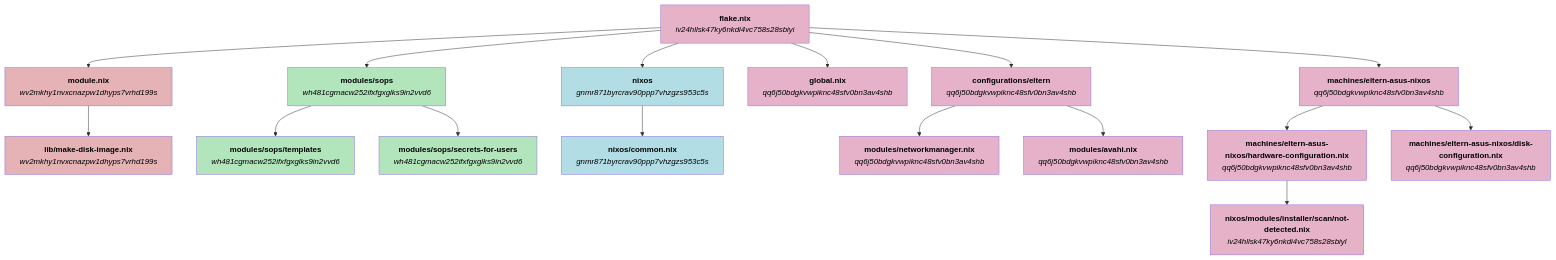
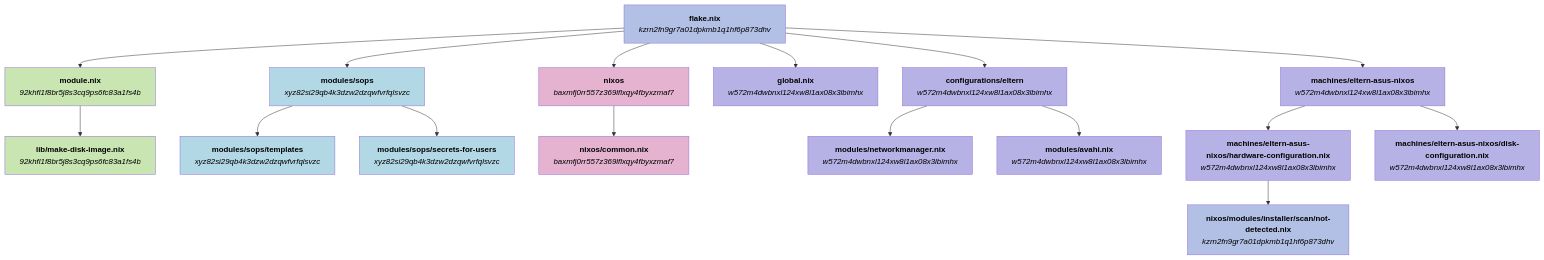
Before and after one commit to welles/nixos-config: the first of 6 diagrams in GRAPHS.md, drawn with Mermaid. The commit also changed other lines of this file, not shown here.

Commit message:
Update configuration graphs file

````diff
--- a/GRAPHS.md
+++ b/GRAPHS.md
@@ -5,82 +5,82 @@
 ```mermaid
 flowchart TD
-    niv24hllsk47ky6nkdi4vc758s28sbiyl_flake_nix["`**flake.nix**
+    nkzrn2fn9gr7a01dpkmb1q1hf6p873dhv_flake_nix["`**flake.nix**
 
-_iv24hllsk47ky6nkdi4vc758s28sbiyl_`"]
-    nwv2mkhy1nvxcnazpw1dhyps7vrhd199s_module_nix["`**module.nix**
+_kzrn2fn9gr7a01dpkmb1q1hf6p873dhv_`"]
+    n92khfl1f8br5j8s3cq9ps6fc83a1fs4b_module_nix["`**module.nix**
 
-_wv2mkhy1nvxcnazpw1dhyps7vrhd199s_`"]
-    nwv2mkhy1nvxcnazpw1dhyps7vrhd199s_lib_make_disk_image_nix["`**lib/make-disk-image.nix**
+_92khfl1f8br5j8s3cq9ps6fc83a1fs4b_`"]
+    n92khfl1f8br5j8s3cq9ps6fc83a1fs4b_lib_make_disk_image_nix["`**lib/make-disk-image.nix**
 
-_wv2mkhy1nvxcnazpw1dhyps7vrhd199s_`"]
-    nwh481cgmacw252ifxfgxglks9in2vvd6_modules_sops["`**modules/sops**
+_92khfl1f8br5j8s3cq9ps6fc83a1fs4b_`"]
+    nxyz82si29qb4k3dzw2dzqwfvrfqlsvzc_modules_sops["`**modules/sops**
 
-_wh481cgmacw252ifxfgxglks9in2vvd6_`"]
-    nwh481cgmacw252ifxfgxglks9in2vvd6_modules_sops_templates["`**modules/sops/templates**
+_xyz82si29qb4k3dzw2dzqwfvrfqlsvzc_`"]
+    nxyz82si29qb4k3dzw2dzqwfvrfqlsvzc_modules_sops_templates["`**modules/sops/templates**
 
-_wh481cgmacw252ifxfgxglks9in2vvd6_`"]
-    nwh481cgmacw252ifxfgxglks9in2vvd6_modules_sops_secrets_for_users["`**modules/sops/secrets-for-users**
+_xyz82si29qb4k3dzw2dzqwfvrfqlsvzc_`"]
+    nxyz82si29qb4k3dzw2dzqwfvrfqlsvzc_modules_sops_secrets_for_users["`**modules/sops/secrets-for-users**
 
-_wh481cgmacw252ifxfgxglks9in2vvd6_`"]
-    ngnmr871byrcrav90ppp7vhzgzs953c5s_nixos["`**nixos**
+_xyz82si29qb4k3dzw2dzqwfvrfqlsvzc_`"]
+    nbaxmfj0rr557z369lflxqy4fbyxzmaf7_nixos["`**nixos**
 
-_gnmr871byrcrav90ppp7vhzgzs953c5s_`"]
-    ngnmr871byrcrav90ppp7vhzgzs953c5s_nixos_common_nix["`**nixos/common.nix**
+_baxmfj0rr557z369lflxqy4fbyxzmaf7_`"]
+    nbaxmfj0rr557z369lflxqy4fbyxzmaf7_nixos_common_nix["`**nixos/common.nix**
 
-_gnmr871byrcrav90ppp7vhzgzs953c5s_`"]
-    nqq6j50bdgkvwpiknc48sfv0bn3av4shb_global_nix["`**global.nix**
+_baxmfj0rr557z369lflxqy4fbyxzmaf7_`"]
+    nw572m4dwbnxl124xw8l1ax08x3lbimhx_global_nix["`**global.nix**
 
-_qq6j50bdgkvwpiknc48sfv0bn3av4shb_`"]
-    nqq6j50bdgkvwpiknc48sfv0bn3av4shb_configurations_eltern["`**configurations/eltern**
+_w572m4dwbnxl124xw8l1ax08x3lbimhx_`"]
+    nw572m4dwbnxl124xw8l1ax08x3lbimhx_configurations_eltern["`**configurations/eltern**
 
-_qq6j50bdgkvwpiknc48sfv0bn3av4shb_`"]
-    nqq6j50bdgkvwpiknc48sfv0bn3av4shb_modules_networkmanager_nix["`**modules/networkmanager.nix**
+_w572m4dwbnxl124xw8l1ax08x3lbimhx_`"]
+    nw572m4dwbnxl124xw8l1ax08x3lbimhx_modules_networkmanager_nix["`**modules/networkmanager.nix**
 
-_qq6j50bdgkvwpiknc48sfv0bn3av4shb_`"]
-    nqq6j50bdgkvwpiknc48sfv0bn3av4shb_modules_avahi_nix["`**modules/avahi.nix**
+_w572m4dwbnxl124xw8l1ax08x3lbimhx_`"]
+    nw572m4dwbnxl124xw8l1ax08x3lbimhx_modules_avahi_nix["`**modules/avahi.nix**
 
-_qq6j50bdgkvwpiknc48sfv0bn3av4shb_`"]
-    nqq6j50bdgkvwpiknc48sfv0bn3av4shb_machines_eltern_asus_nixos["`**machines/eltern-asus-nixos**
+_w572m4dwbnxl124xw8l1ax08x3lbimhx_`"]
+    nw572m4dwbnxl124xw8l1ax08x3lbimhx_machines_eltern_asus_nixos["`**machines/eltern-asus-nixos**
 
-_qq6j50bdgkvwpiknc48sfv0bn3av4shb_`"]
-    nqq6j50bdgkvwpiknc48sfv0bn3av4shb_machines_eltern_asus_nixos_hardware_configuration_nix["`**machines/eltern-asus-nixos/hardware-configuration.nix**
+_w572m4dwbnxl124xw8l1ax08x3lbimhx_`"]
+    nw572m4dwbnxl124xw8l1ax08x3lbimhx_machines_eltern_asus_nixos_hardware_configuration_nix["`**machines/eltern-asus-nixos/hardware-configuration.nix**
 
-_qq6j50bdgkvwpiknc48sfv0bn3av4shb_`"]
-    niv24hllsk47ky6nkdi4vc758s28sbiyl_nixos_modules_installer_scan_not_detected_nix["`**nixos/modules/installer/scan/not-detected.nix**
+_w572m4dwbnxl124xw8l1ax08x3lbimhx_`"]
+    nkzrn2fn9gr7a01dpkmb1q1hf6p873dhv_nixos_modules_installer_scan_not_detected_nix["`**nixos/modules/installer/scan/not-detected.nix**
 
-_iv24hllsk47ky6nkdi4vc758s28sbiyl_`"]
-    nqq6j50bdgkvwpiknc48sfv0bn3av4shb_machines_eltern_asus_nixos_disk_configuration_nix["`**machines/eltern-asus-nixos/disk-configuration.nix**
+_kzrn2fn9gr7a01dpkmb1q1hf6p873dhv_`"]
+    nw572m4dwbnxl124xw8l1ax08x3lbimhx_machines_eltern_asus_nixos_disk_configuration_nix["`**machines/eltern-asus-nixos/disk-configuration.nix**
 
-_qq6j50bdgkvwpiknc48sfv0bn3av4shb_`"]
-    niv24hllsk47ky6nkdi4vc758s28sbiyl_flake_nix --> nwv2mkhy1nvxcnazpw1dhyps7vrhd199s_module_nix
-    niv24hllsk47ky6nkdi4vc758s28sbiyl_flake_nix --> nwh481cgmacw252ifxfgxglks9in2vvd6_modules_sops
-    niv24hllsk47ky6nkdi4vc758s28sbiyl_flake_nix --> ngnmr871byrcrav90ppp7vhzgzs953c5s_nixos
-    niv24hllsk47ky6nkdi4vc758s28sbiyl_flake_nix --> nqq6j50bdgkvwpiknc48sfv0bn3av4shb_global_nix
-    niv24hllsk47ky6nkdi4vc758s28sbiyl_flake_nix --> nqq6j50bdgkvwpiknc48sfv0bn3av4shb_configurations_eltern
-    niv24hllsk47ky6nkdi4vc758s28sbiyl_flake_nix --> nqq6j50bdgkvwpiknc48sfv0bn3av4shb_machines_eltern_asus_nixos
-    nwv2mkhy1nvxcnazpw1dhyps7vrhd199s_module_nix --> nwv2mkhy1nvxcnazpw1dhyps7vrhd199s_lib_make_disk_image_nix
-    nwh481cgmacw252ifxfgxglks9in2vvd6_modules_sops --> nwh481cgmacw252ifxfgxglks9in2vvd6_modules_sops_templates
-    nwh481cgmacw252ifxfgxglks9in2vvd6_modules_sops --> nwh481cgmacw252ifxfgxglks9in2vvd6_modules_sops_secrets_for_users
-    ngnmr871byrcrav90ppp7vhzgzs953c5s_nixos --> ngnmr871byrcrav90ppp7vhzgzs953c5s_nixos_common_nix
-    nqq6j50bdgkvwpiknc48sfv0bn3av4shb_configurations_eltern --> nqq6j50bdgkvwpiknc48sfv0bn3av4shb_modules_networkmanager_nix
-    nqq6j50bdgkvwpiknc48sfv0bn3av4shb_configurations_eltern --> nqq6j50bdgkvwpiknc48sfv0bn3av4shb_modules_avahi_nix
-    nqq6j50bdgkvwpiknc48sfv0bn3av4shb_machines_eltern_asus_nixos --> nqq6j50bdgkvwpiknc48sfv0bn3av4shb_machines_eltern_asus_nixos_hardware_configuration_nix
-    nqq6j50bdgkvwpiknc48sfv0bn3av4shb_machines_eltern_asus_nixos --> nqq6j50bdgkvwpiknc48sfv0bn3av4shb_machines_eltern_asus_nixos_disk_configuration_nix
-    nqq6j50bdgkvwpiknc48sfv0bn3av4shb_machines_eltern_asus_nixos_hardware_configuration_nix --> niv24hllsk47ky6nkdi4vc758s28sbiyl_nixos_modules_installer_scan_not_detected_nix
-    style niv24hllsk47ky6nkdi4vc758s28sbiyl_flake_nix fill:#e5b2c7,color:#000000
-    style nwv2mkhy1nvxcnazpw1dhyps7vrhd199s_module_nix fill:#e5b2b5,color:#000000
-    style nwv2mkhy1nvxcnazpw1dhyps7vrhd199s_lib_make_disk_image_nix fill:#e5b2b5,color:#000000
-    style nwh481cgmacw252ifxfgxglks9in2vvd6_modules_sops fill:#b2e5bb,color:#000000
-    style nwh481cgmacw252ifxfgxglks9in2vvd6_modules_sops_templates fill:#b2e5bb,color:#000000
-    style nwh481cgmacw252ifxfgxglks9in2vvd6_modules_sops_secrets_for_users fill:#b2e5bb,color:#000000
-    style ngnmr871byrcrav90ppp7vhzgzs953c5s_nixos fill:#b2dde5,color:#000000
-    style ngnmr871byrcrav90ppp7vhzgzs953c5s_nixos_common_nix fill:#b2dde5,color:#000000
-    style nqq6j50bdgkvwpiknc48sfv0bn3av4shb_global_nix fill:#e5b2ca,color:#000000
-    style nqq6j50bdgkvwpiknc48sfv0bn3av4shb_configurations_eltern fill:#e5b2ca,color:#000000
-    style nqq6j50bdgkvwpiknc48sfv0bn3av4shb_modules_networkmanager_nix fill:#e5b2ca,color:#000000
-    style nqq6j50bdgkvwpiknc48sfv0bn3av4shb_modules_avahi_nix fill:#e5b2ca,color:#000000
-    style nqq6j50bdgkvwpiknc48sfv0bn3av4shb_machines_eltern_asus_nixos fill:#e5b2ca,color:#000000
-    style nqq6j50bdgkvwpiknc48sfv0bn3av4shb_machines_eltern_asus_nixos_hardware_configuration_nix fill:#e5b2ca,color:#000000
-    style niv24hllsk47ky6nkdi4vc758s28sbiyl_nixos_modules_installer_scan_not_detected_nix fill:#e5b2c7,color:#000000
-    style nqq6j50bdgkvwpiknc48sfv0bn3av4shb_machines_eltern_asus_nixos_disk_configuration_nix fill:#e5b2ca,color:#000000
+_w572m4dwbnxl124xw8l1ax08x3lbimhx_`"]
+    nkzrn2fn9gr7a01dpkmb1q1hf6p873dhv_flake_nix --> n92khfl1f8br5j8s3cq9ps6fc83a1fs4b_module_nix
+    nkzrn2fn9gr7a01dpkmb1q1hf6p873dhv_flake_nix --> nxyz82si29qb4k3dzw2dzqwfvrfqlsvzc_modules_sops
+    nkzrn2fn9gr7a01dpkmb1q1hf6p873dhv_flake_nix --> nbaxmfj0rr557z369lflxqy4fbyxzmaf7_nixos
+    nkzrn2fn9gr7a01dpkmb1q1hf6p873dhv_flake_nix --> nw572m4dwbnxl124xw8l1ax08x3lbimhx_global_nix
+    nkzrn2fn9gr7a01dpkmb1q1hf6p873dhv_flake_nix --> nw572m4dwbnxl124xw8l1ax08x3lbimhx_configurations_eltern
+    nkzrn2fn9gr7a01dpkmb1q1hf6p873dhv_flake_nix --> nw572m4dwbnxl124xw8l1ax08x3lbimhx_machines_eltern_asus_nixos
+    n92khfl1f8br5j8s3cq9ps6fc83a1fs4b_module_nix --> n92khfl1f8br5j8s3cq9ps6fc83a1fs4b_lib_make_disk_image_nix
+    nxyz82si29qb4k3dzw2dzqwfvrfqlsvzc_modules_sops --> nxyz82si29qb4k3dzw2dzqwfvrfqlsvzc_modules_sops_templates
+    nxyz82si29qb4k3dzw2dzqwfvrfqlsvzc_modules_sops --> nxyz82si29qb4k3dzw2dzqwfvrfqlsvzc_modules_sops_secrets_for_users
+    nbaxmfj0rr557z369lflxqy4fbyxzmaf7_nixos --> nbaxmfj0rr557z369lflxqy4fbyxzmaf7_nixos_common_nix
+    nw572m4dwbnxl124xw8l1ax08x3lbimhx_configurations_eltern --> nw572m4dwbnxl124xw8l1ax08x3lbimhx_modules_networkmanager_nix
+    nw572m4dwbnxl124xw8l1ax08x3lbimhx_configurations_eltern --> nw572m4dwbnxl124xw8l1ax08x3lbimhx_modules_avahi_nix
+    nw572m4dwbnxl124xw8l1ax08x3lbimhx_machines_eltern_asus_nixos --> nw572m4dwbnxl124xw8l1ax08x3lbimhx_machines_eltern_asus_nixos_hardware_configuration_nix
+    nw572m4dwbnxl124xw8l1ax08x3lbimhx_machines_eltern_asus_nixos --> nw572m4dwbnxl124xw8l1ax08x3lbimhx_machines_eltern_asus_nixos_disk_configuration_nix
+    nw572m4dwbnxl124xw8l1ax08x3lbimhx_machines_eltern_asus_nixos_hardware_configuration_nix --> nkzrn2fn9gr7a01dpkmb1q1hf6p873dhv_nixos_modules_installer_scan_not_detected_nix
+    style nkzrn2fn9gr7a01dpkmb1q1hf6p873dhv_flake_nix fill:#b2c0e5,color:#000000
+    style n92khfl1f8br5j8s3cq9ps6fc83a1fs4b_module_nix fill:#c8e5b2,color:#000000
+    style n92khfl1f8br5j8s3cq9ps6fc83a1fs4b_lib_make_disk_image_nix fill:#c8e5b2,color:#000000
+    style nxyz82si29qb4k3dzw2dzqwfvrfqlsvzc_modules_sops fill:#b2d7e5,color:#000000
+    style nxyz82si29qb4k3dzw2dzqwfvrfqlsvzc_modules_sops_templates fill:#b2d7e5,color:#000000
+    style nxyz82si29qb4k3dzw2dzqwfvrfqlsvzc_modules_sops_secrets_for_users fill:#b2d7e5,color:#000000
+    style nbaxmfj0rr557z369lflxqy4fbyxzmaf7_nixos fill:#e5b2d0,color:#000000
+    style nbaxmfj0rr557z369lflxqy4fbyxzmaf7_nixos_common_nix fill:#e5b2d0,color:#000000
+    style nw572m4dwbnxl124xw8l1ax08x3lbimhx_global_nix fill:#b6b2e5,color:#000000
+    style nw572m4dwbnxl124xw8l1ax08x3lbimhx_configurations_eltern fill:#b6b2e5,color:#000000
+    style nw572m4dwbnxl124xw8l1ax08x3lbimhx_modules_networkmanager_nix fill:#b6b2e5,color:#000000
+    style nw572m4dwbnxl124xw8l1ax08x3lbimhx_modules_avahi_nix fill:#b6b2e5,color:#000000
+    style nw572m4dwbnxl124xw8l1ax08x3lbimhx_machines_eltern_asus_nixos fill:#b6b2e5,color:#000000
+    style nw572m4dwbnxl124xw8l1ax08x3lbimhx_machines_eltern_asus_nixos_hardware_configuration_nix fill:#b6b2e5,color:#000000
+    style nkzrn2fn9gr7a01dpkmb1q1hf6p873dhv_nixos_modules_installer_scan_not_detected_nix fill:#b2c0e5,color:#000000
+    style nw572m4dwbnxl124xw8l1ax08x3lbimhx_machines_eltern_asus_nixos_disk_configuration_nix fill:#b6b2e5,color:#000000
 ```
````
